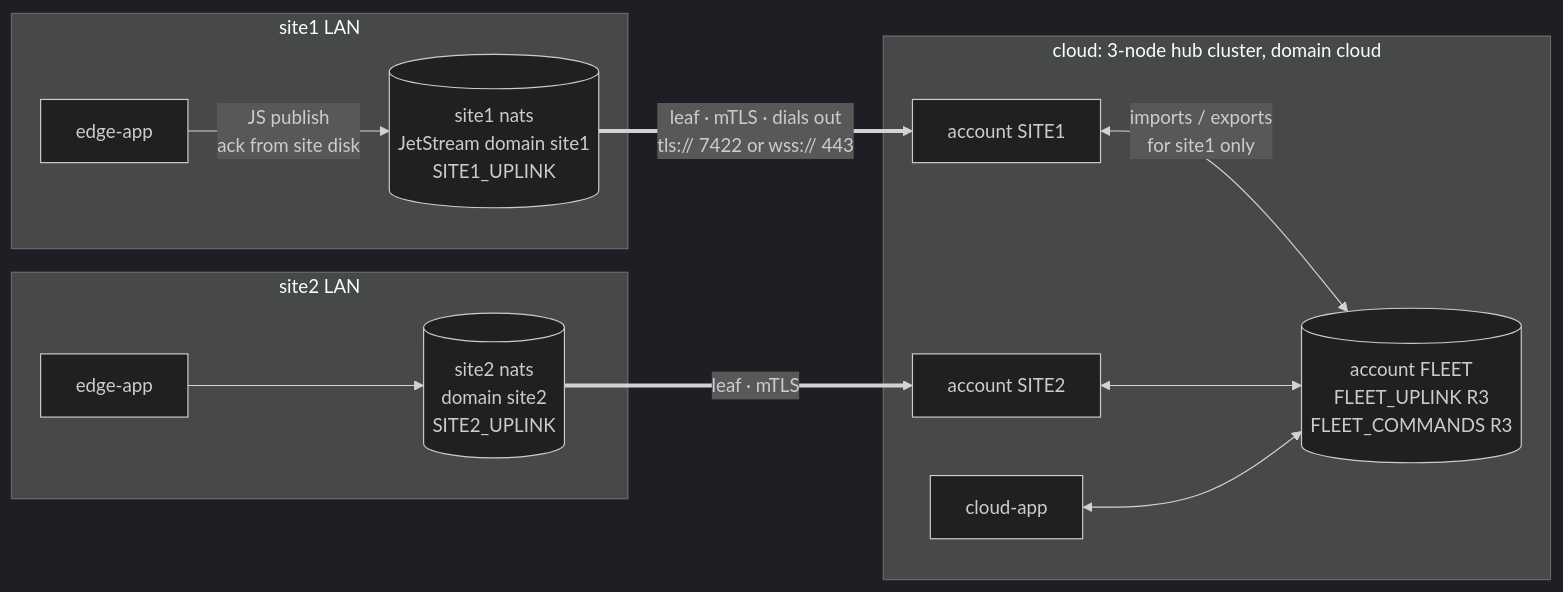
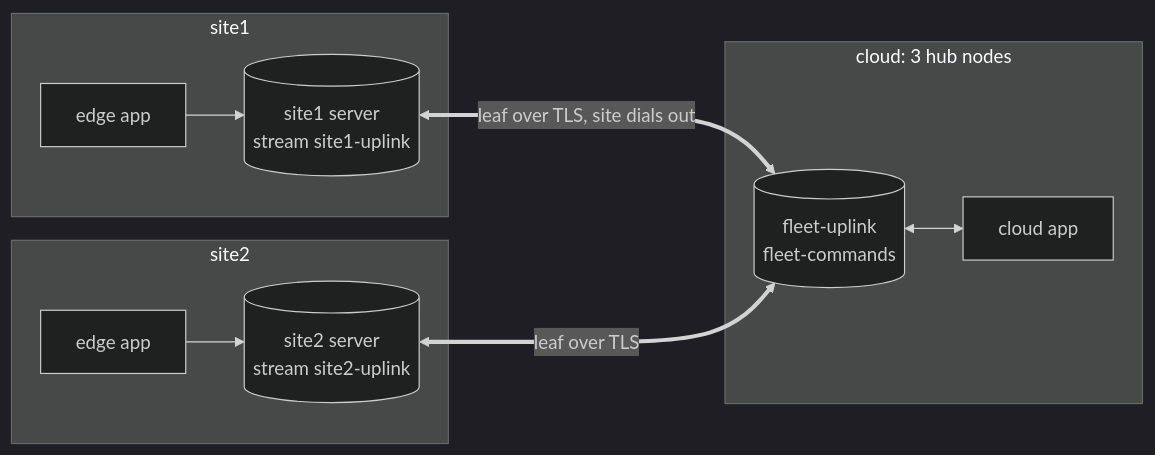
Before and after one commit to jinternals/nats-demo: the diagram in README.md, drawn with Mermaid (dark theme). The commit also changed other lines of this file and 39 other files, not shown here.

````diff
--- a/README.md
+++ b/README.md
@@ -14,16 +9,14 @@
 ```mermaid
 flowchart LR
-  subgraph S1["site1 LAN"]
-    EA1["edge-app"] -->|"JS publish<br/>ack from site disk"| L1[("site1 nats<br/>JetStream domain site1<br/>SITE1_UPLINK")]
+  subgraph site1["site1"]
+    app1["edge app"] --> s1[("site1 server<br/>stream site1-uplink")]
   end
-  subgraph S2["site2 LAN"]
-    EA2["edge-app"] --> L2[("site2 nats<br/>domain site2<br/>SITE2_UPLINK")]
+  subgraph site2["site2"]
+    app2["edge app"] --> s2[("site2 server<br/>stream site2-uplink")]
   end
-  subgraph C["cloud: 3-node hub cluster, domain cloud"]
-    A1["account SITE1"] <-->|"imports / exports<br/>for site1 only"| F[("account FLEET<br/>FLEET_UPLINK R3<br/>FLEET_COMMANDS R3")]
-    A2["account SITE2"] <--> F
-    CA["cloud-app"] <--> F
+  subgraph cloud["cloud: 3 hub nodes"]
+    hub[("fleet-uplink<br/>fleet-commands")] <--> capp["cloud app"]
   end
-  L1 ==>|"leaf · mTLS · dials out<br/>tls:// 7422 or wss:// 443"| A1
-  L2 ==>|"leaf · mTLS"| A2
+  s1 <== "leaf over TLS, site dials out" ==> hub
+  s2 <== "leaf over TLS" ==> hub
 ```
````
